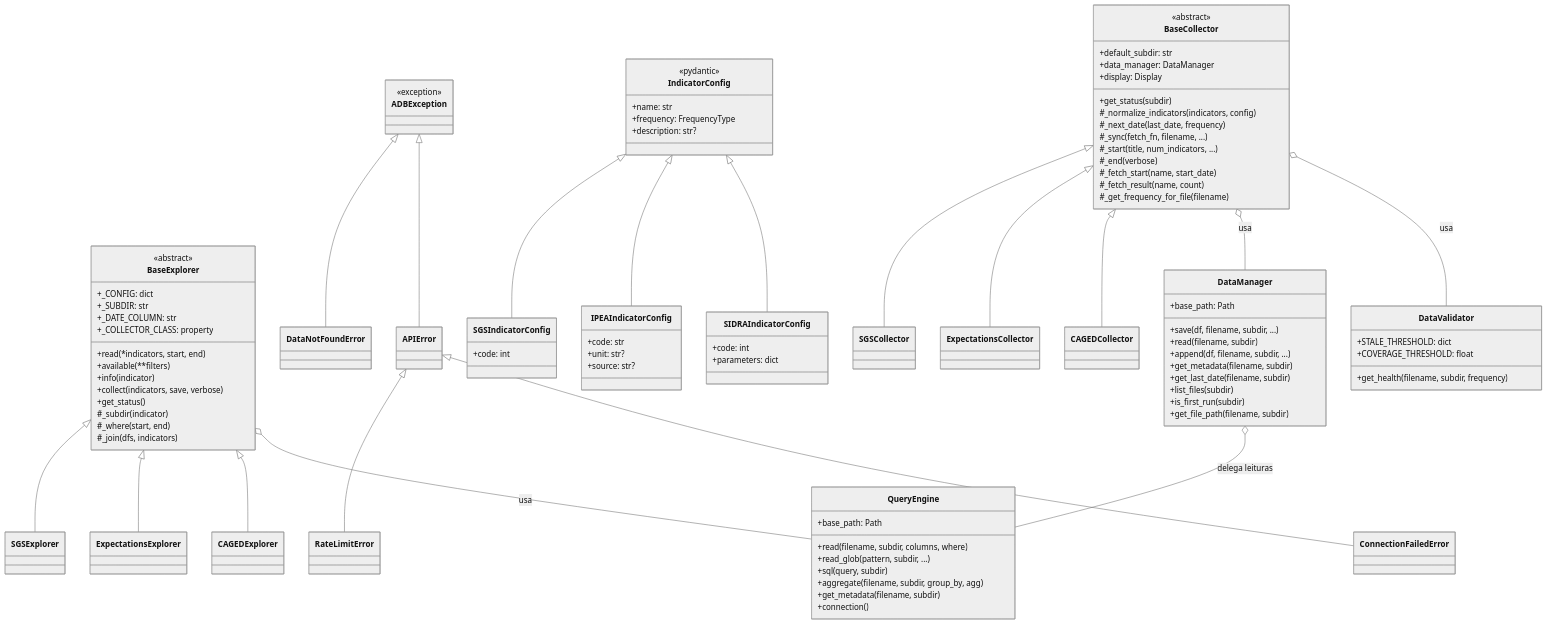
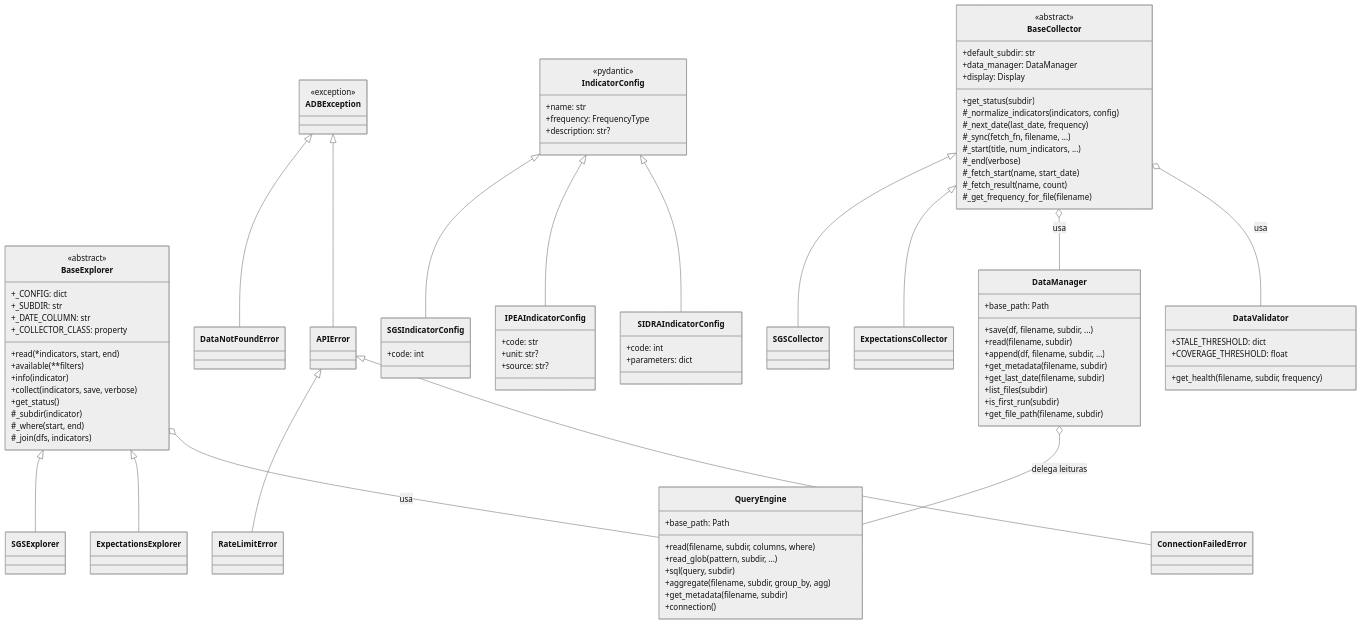
Before and after one commit to enzoomoreira/adb: the first of 3 diagrams in docs/internals/architecture.md, drawn with Mermaid (neutral theme). The commit also changed other lines of this file and 32 other files, not shown here.

```diff
--- a/docs/internals/architecture.md
+++ b/docs/internals/architecture.md
@@ -184,8 +182,6 @@
     class SGSCollector
     class ExpectationsExplorer
     class ExpectationsCollector
-    class CAGEDExplorer
-    class CAGEDCollector
 
     %% Relationships - Domain
     ADBException <|-- DataNotFoundError
@@ -200,11 +196,9 @@
     %% Relationships - Services/Providers
     BaseExplorer <|-- SGSExplorer
     BaseExplorer <|-- ExpectationsExplorer
-    BaseExplorer <|-- CAGEDExplorer
 
     BaseCollector <|-- SGSCollector
     BaseCollector <|-- ExpectationsCollector
-    BaseCollector <|-- CAGEDCollector
 
     %% Composition
     BaseExplorer o-- QueryEngine : usa
```
